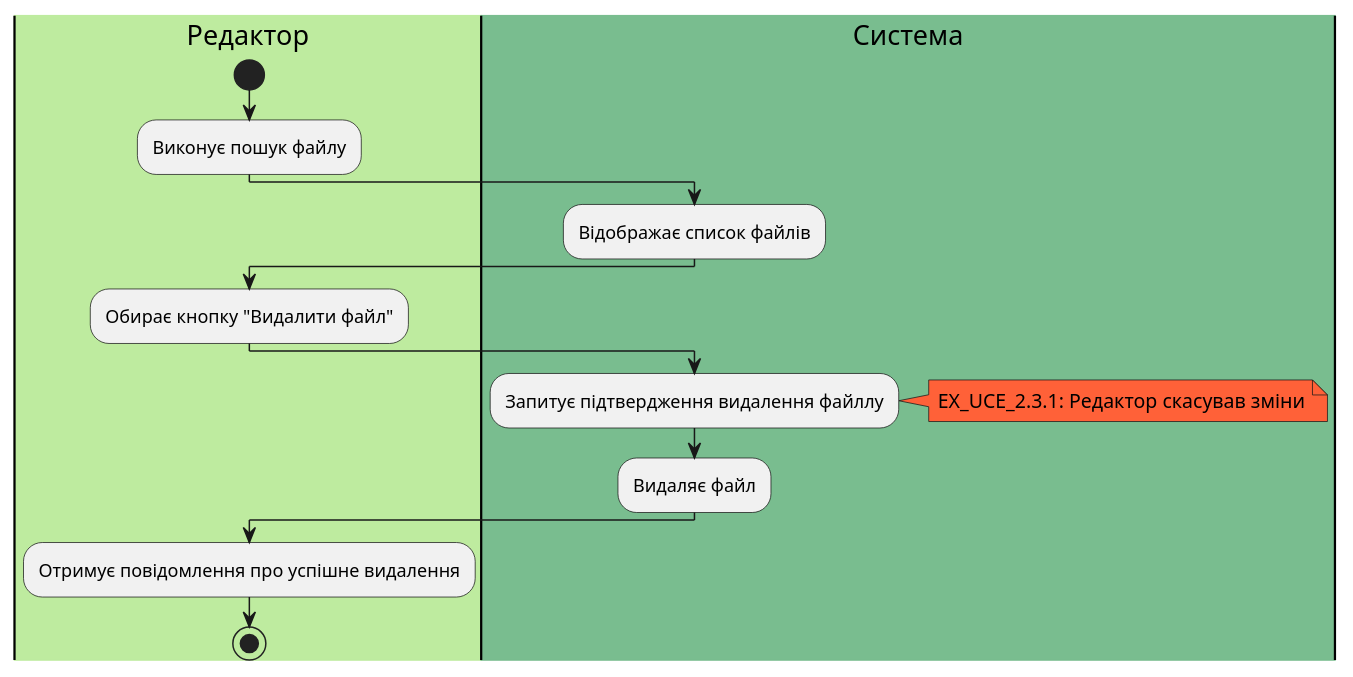
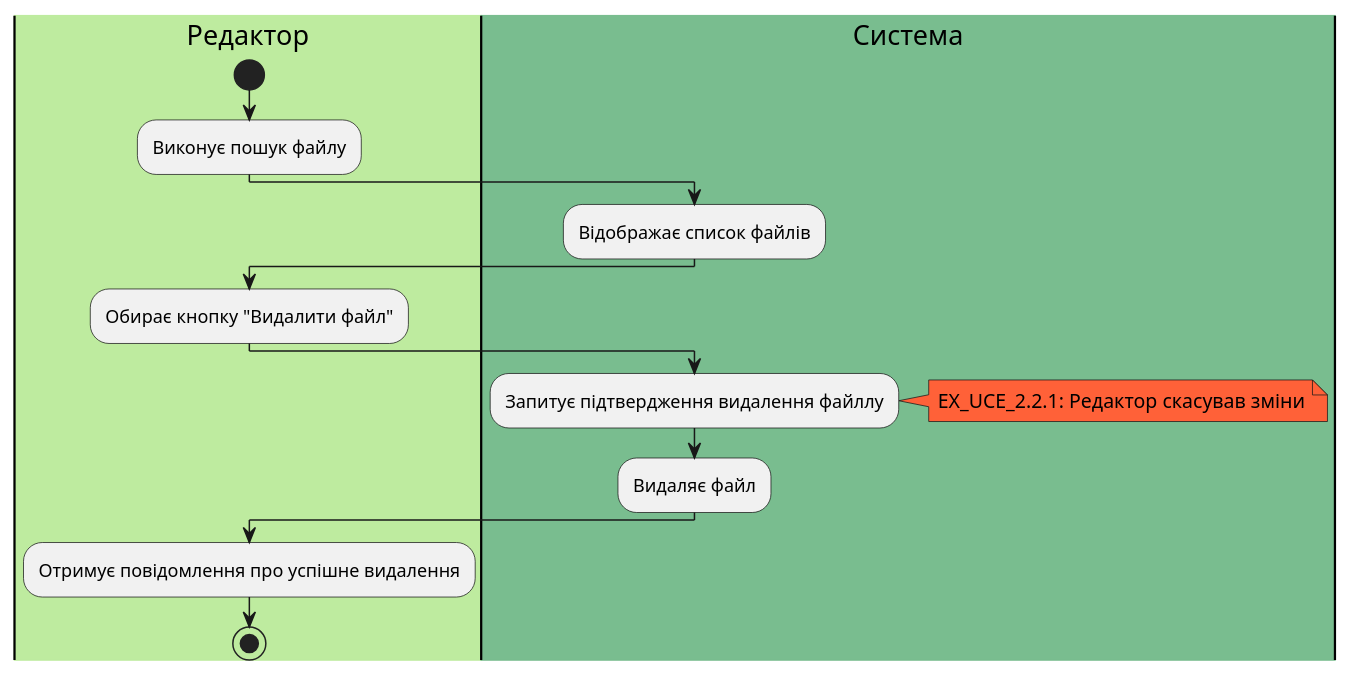
Diagram 12 of 17 in docs/use cases/README.md (Beaxhem/edu-db-cw), drawn with PlantUML before and after one commit. The commit also changed other lines of this file and 1 other file, not shown here.

```diff
--- a/docs/use cases/README.md
+++ b/docs/use cases/README.md
@@ -494,25 +493,25 @@
 @startuml
 
     <style>
         note {
             BackgroundColor #FF6138
         }
     </style>
     
     
     |#BEEB9F|Редактор|
     start
     :Виконує пошук файлу;
     |#79BD8F|Система|
     :Відображає список файлів;
     |Редактор|
     :Обирає кнопку "Видалити файл";
     |Система|
     :Запитує підтвердження видалення файллу;
-    note right: EX_UCE_2.3.1: Редактор скасував зміни
+    note right: EX_UCE_2.2.1: Редактор скасував зміни
     :Видаляє файл;
     |Редактор|
     :Отримує повідомлення про успішне видалення;
     stop
 
 @enduml
```
